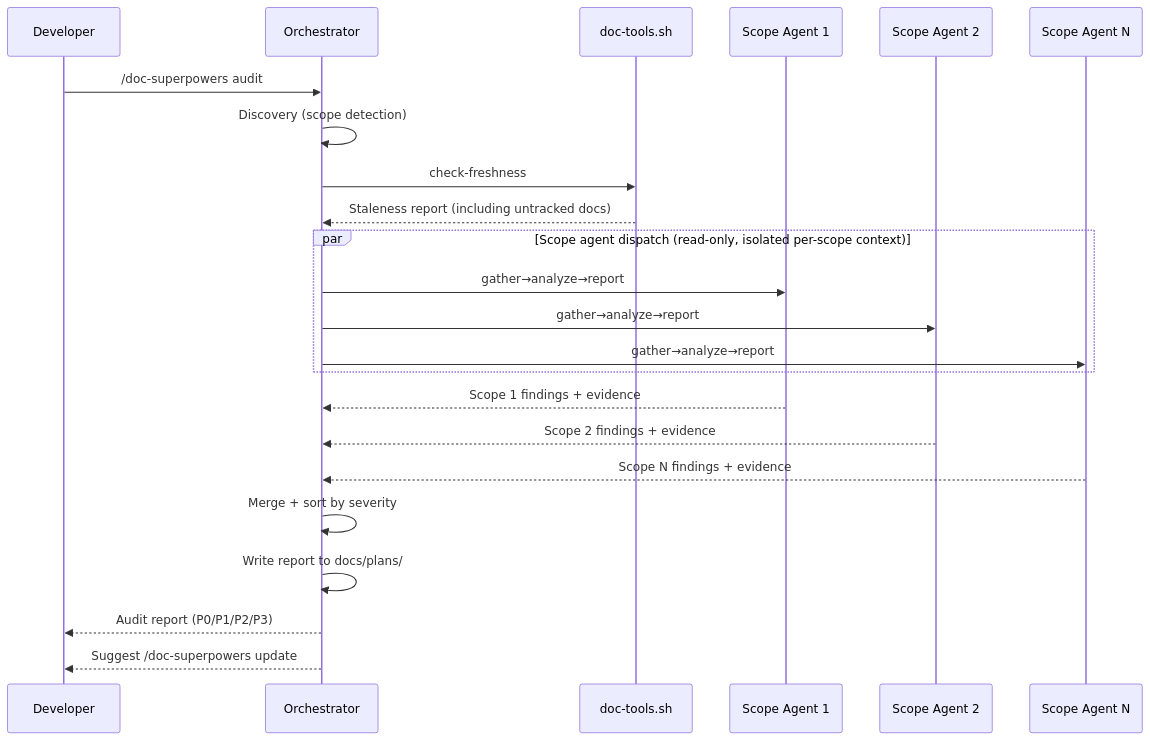
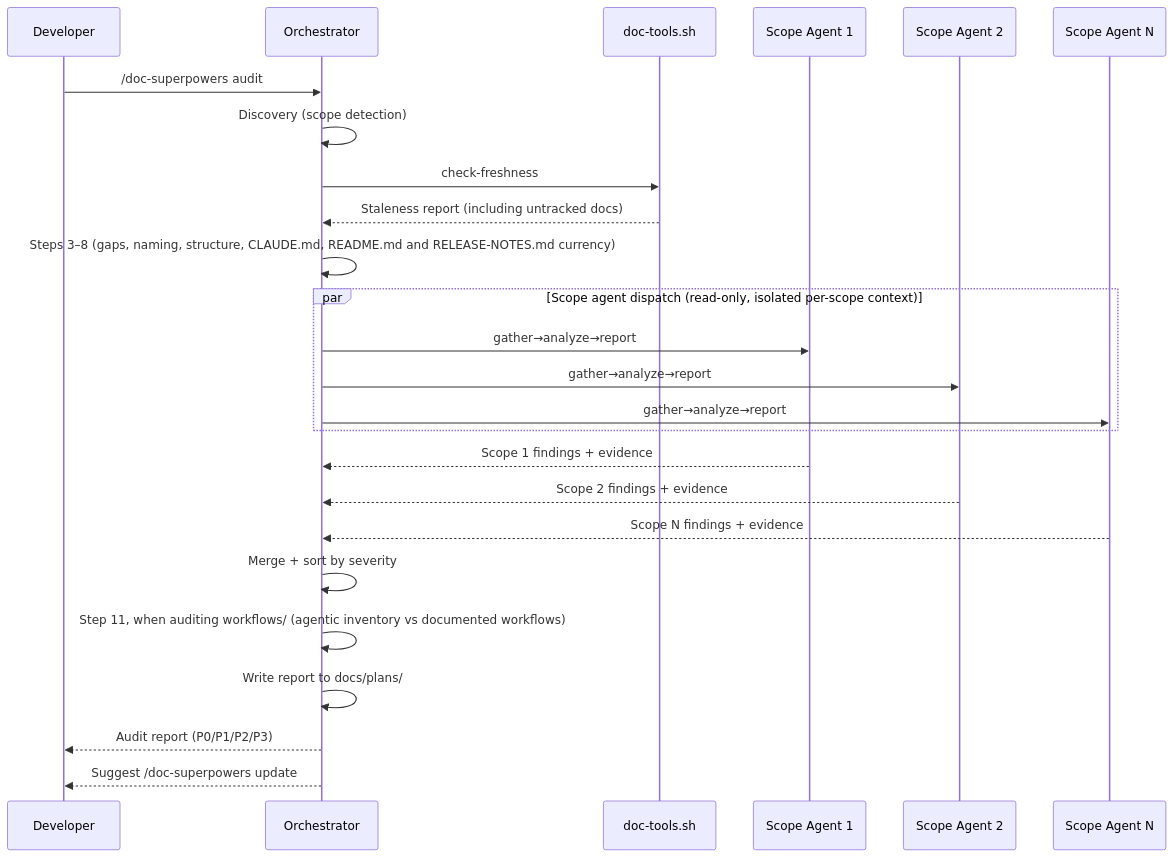
Before and after one commit to woodrowpearson/doc-superpowers: the fourth of 11 diagrams in docs/workflows/doc-superpowers.md, drawn with Mermaid. The commit also changed other lines of this file, not shown here.

First line of the commit message:
docs(workflows): claims-era flows, artifacts, state, gates (U15, U16)

````diff
--- a/docs/workflows/doc-superpowers.md
+++ b/docs/workflows/doc-superpowers.md
@@ -225,28 +227,30 @@
 ```mermaid
 sequenceDiagram
   participant U as Developer
   participant O as Orchestrator
   participant DT as doc-tools.sh
   participant A1 as Scope Agent 1
   participant A2 as Scope Agent 2
   participant AN as Scope Agent N
 
   U->>O: /doc-superpowers audit
   O->>O: Discovery (scope detection)
   O->>DT: check-freshness
   DT-->>O: Staleness report (including untracked docs)
+  O->>O: Steps 3–8 (gaps, naming, structure, CLAUDE.md, README.md and RELEASE-NOTES.md currency)
 
   par Scope agent dispatch (read-only, isolated per-scope context)
     O->>A1: gather→analyze→report
     O->>A2: gather→analyze→report
     O->>AN: gather→analyze→report
   end
   A1-->>O: Scope 1 findings + evidence
   A2-->>O: Scope 2 findings + evidence
   AN-->>O: Scope N findings + evidence
 
   O->>O: Merge + sort by severity
+  O->>O: Step 11, when auditing workflows/ (agentic inventory vs documented workflows)
   O->>O: Write report to docs/plans/
   O-->>U: Audit report (P0/P1/P2/P3)
   O-->>U: Suggest /doc-superpowers update
 ```
````
